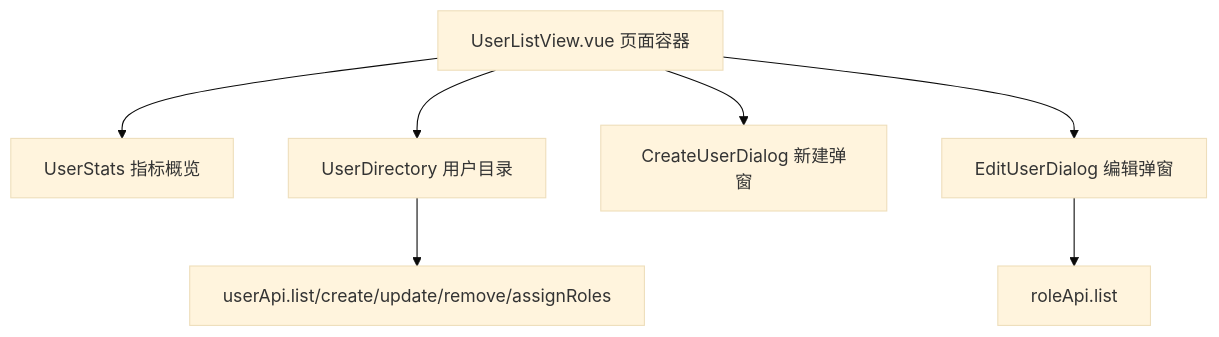
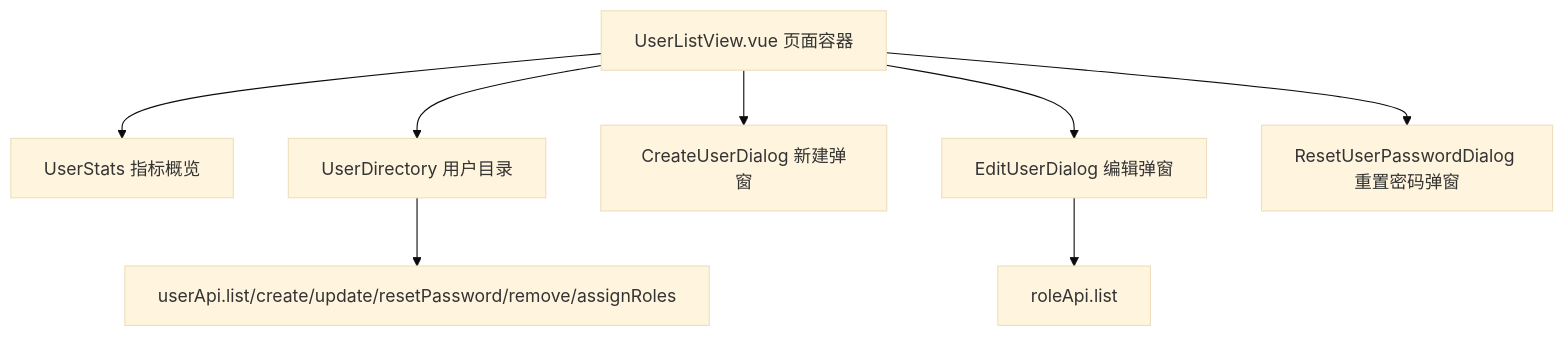
One commit to yiting001/E-sports-01 changed the fourth of 6 diagrams in docs/rbac.md. Above: the diagram before and after it, drawn with Mermaid (base theme). The commit also changed other lines of this file and 35 other files, not shown here.

````diff
--- a/docs/rbac.md
+++ b/docs/rbac.md
@@ -166,9 +168,10 @@
 ```mermaid
 flowchart TD
   Page["UserListView.vue 页面容器"] --> Stats["UserStats 指标概览"]
   Page --> Directory["UserDirectory 用户目录"]
   Page --> CreateDialog["CreateUserDialog 新建弹窗"]
   Page --> EditDialog["EditUserDialog 编辑弹窗"]
-  Directory --> UserApi["userApi.list/create/update/remove/assignRoles"]
+  Page --> ResetDialog["ResetUserPasswordDialog 重置密码弹窗"]
+  Directory --> UserApi["userApi.list/create/update/resetPassword/remove/assignRoles"]
   EditDialog --> RoleApi["roleApi.list"]
 ```
````
